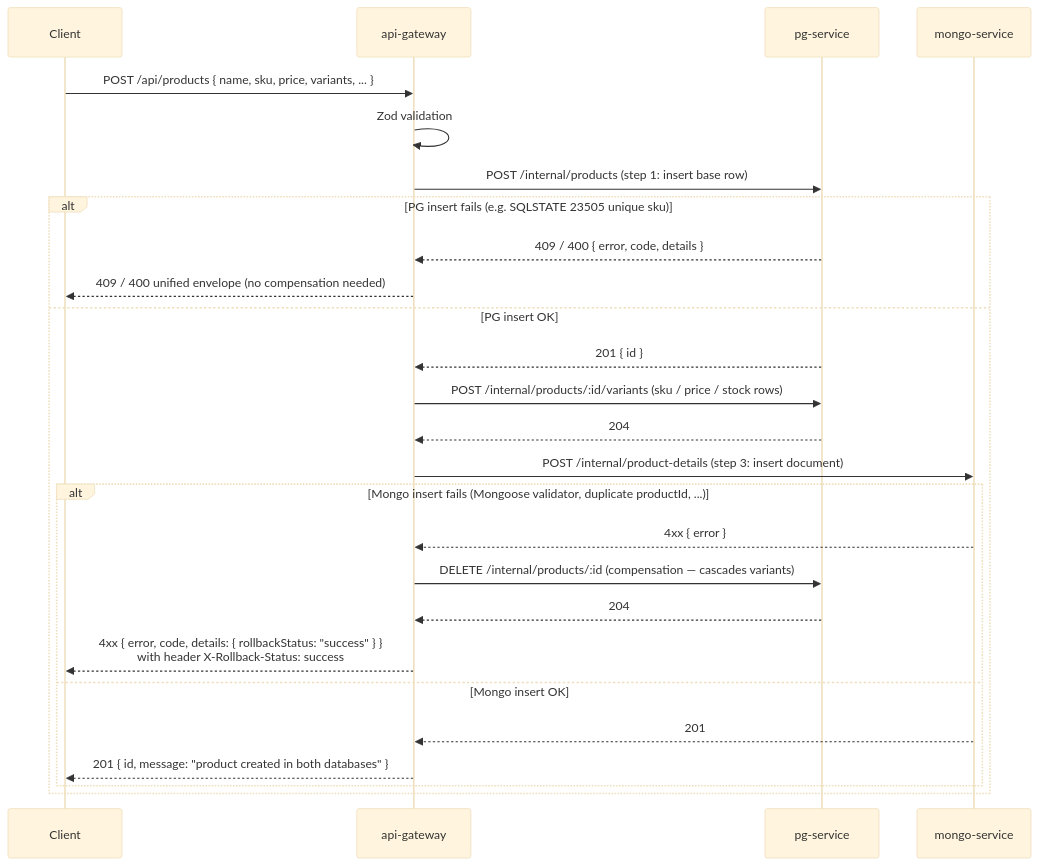
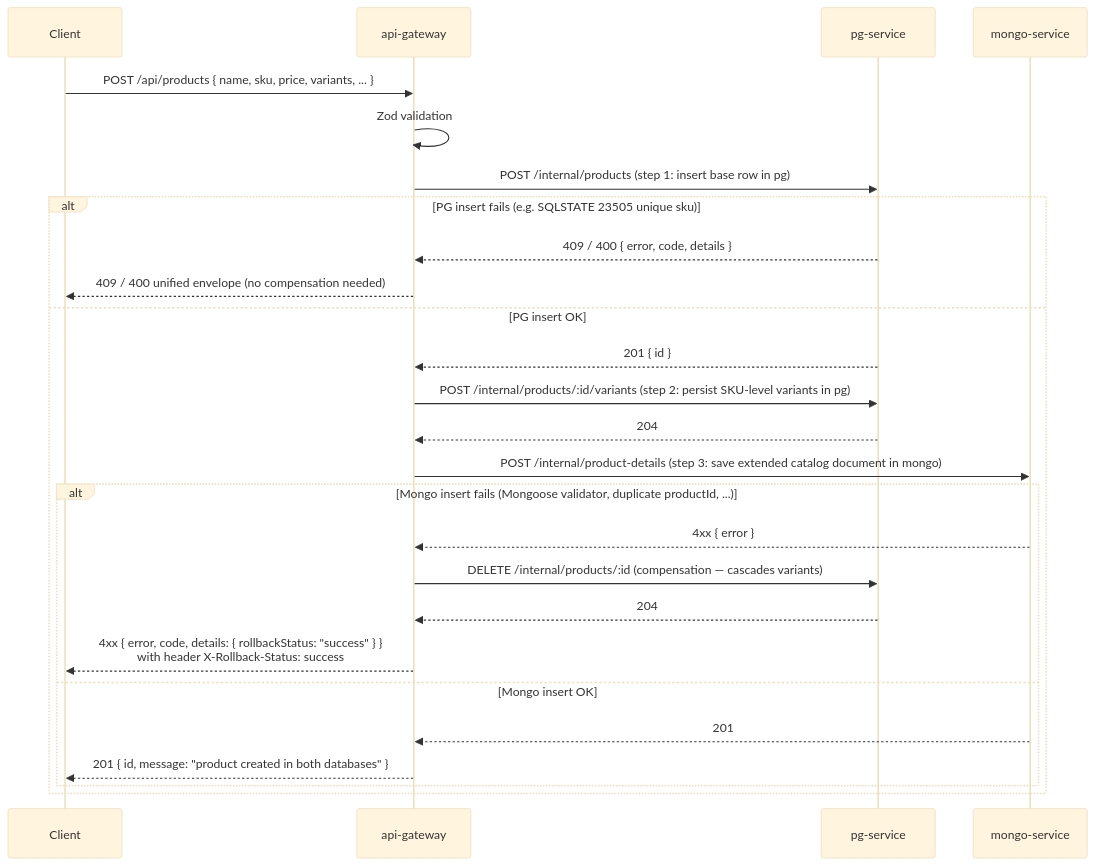
The second of 3 diagrams in README.md (zofiadobrowolskaa/ecommerce), drawn with Mermaid (base theme) before and after one commit. The commit also changed other lines of this file and 23 other files, not shown here.

````diff
--- a/README.md
+++ b/README.md
@@ -62,29 +62,29 @@
 ```mermaid
 sequenceDiagram
     participant C as Client
     participant G as api-gateway
     participant PG as pg-service
     participant MG as mongo-service
 
     C->>G: POST /api/products { name, sku, price, variants, ... }
     G->>G: Zod validation
-    G->>PG: POST /internal/products (step 1: insert base row)
+    G->>PG: POST /internal/products (step 1: insert base row in pg)
     alt PG insert fails (e.g. SQLSTATE 23505 unique sku)
         PG-->>G: 409 / 400 { error, code, details }
         G-->>C: 409 / 400 unified envelope (no compensation needed)
     else PG insert OK
         PG-->>G: 201 { id }
-        G->>PG: POST /internal/products/:id/variants (sku / price / stock rows)
+        G->>PG: POST /internal/products/:id/variants (step 2: persist SKU-level variants in pg)
         PG-->>G: 204
-        G->>MG: POST /internal/product-details (step 3: insert document)
+        G->>MG: POST /internal/product-details (step 3: save extended catalog document in mongo)
         alt Mongo insert fails (Mongoose validator, duplicate productId, ...)
             MG-->>G: 4xx { error }
             G->>PG: DELETE /internal/products/:id (compensation — cascades variants)
             PG-->>G: 204
             G-->>C: 4xx { error, code, details: { rollbackStatus: "success" } }<br/>with header X-Rollback-Status: success
         else Mongo insert OK
             MG-->>G: 201
             G-->>C: 201 { id, message: "product created in both databases" }
         end
     end
 ```
````
